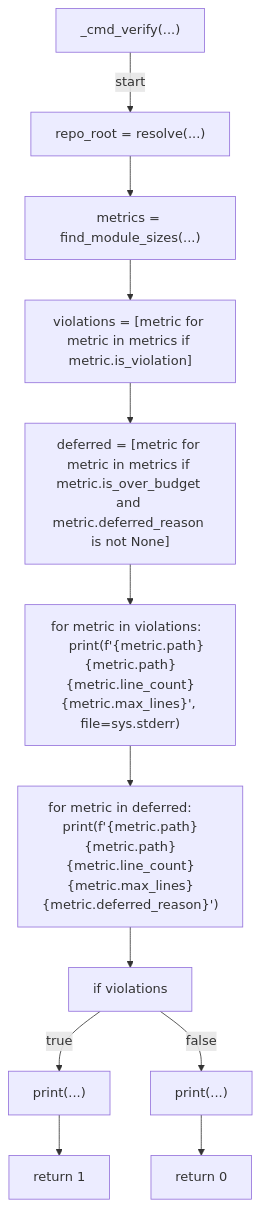
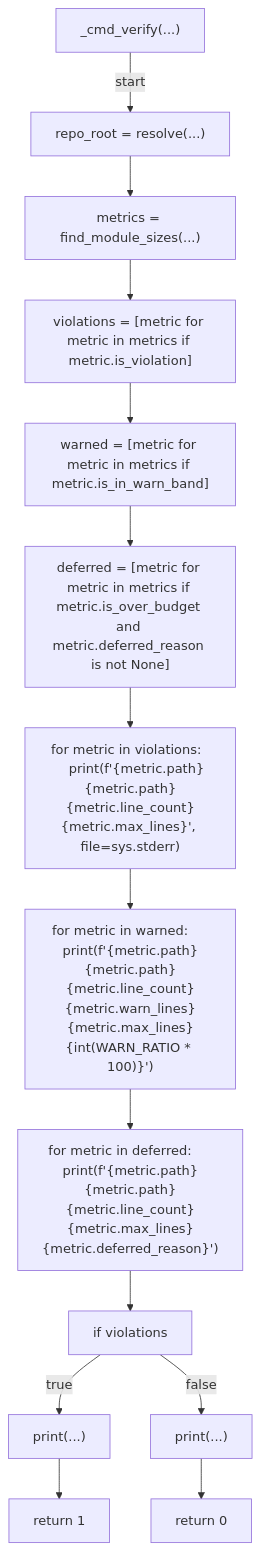
The sixth of 7 diagrams in docs/generated/scripts/ast/scan_maintainability_metrics.md (tvna/claude-md), drawn with Mermaid before and after one commit. The commit also changed other lines of this file, not shown here.

Commit message:
docs(generated): regenerate decision tree and workflow diagrams
Refs #960

````diff
--- a/docs/generated/scripts/ast/scan_maintainability_metrics.md
+++ b/docs/generated/scripts/ast/scan_maintainability_metrics.md
@@ -62,26 +62,30 @@
 ```mermaid
 flowchart TD
     N001["_cmd_verify(...)"]
     N002["repo_root = resolve(...)"]
     N003["metrics = find_module_sizes(...)"]
     N004["violations = [metric for metric in metrics if metric.is_violation]"]
-    N005["deferred = [metric for metric in metrics if metric.is_over_budget and metric.deferred_reason is not None]"]
-    N006["for metric in violations:     print(f'<str>{metric.path}<str>{metric.path}<str>{metric.line_count}<str>{metric.max_lines}<str>', file=sys.stderr)"]
-    N007["for metric in deferred:     print(f'<str>{metric.path}<str>{metric.path}<str>{metric.line_count}<str>{metric.max_lines}<str>{metric.deferred_reason}<str>')"]
-    N008["if violations"]
-    N009["print(...)"]
-    N010["return 1"]
+    N005["warned = [metric for metric in metrics if metric.is_in_warn_band]"]
+    N006["deferred = [metric for metric in metrics if metric.is_over_budget and metric.deferred_reason is not None]"]
+    N007["for metric in violations:     print(f'<str>{metric.path}<str>{metric.path}<str>{metric.line_count}<str>{metric.max_lines}<str>', file=sys.stderr)"]
+    N008["for metric in warned:     print(f'<str>{metric.path}<str>{metric.path}<str>{metric.line_count}<str>{metric.warn_lines}<str>{metric.max_lines}<str>{int(WARN_RATIO * 100)}<str>')"]
+    N009["for metric in deferred:     print(f'<str>{metric.path}<str>{metric.path}<str>{metric.line_count}<str>{metric.max_lines}<str>{metric.deferred_reason}<str>')"]
+    N010["if violations"]
     N011["print(...)"]
-    N012["return 0"]
+    N012["return 1"]
+    N013["print(...)"]
+    N014["return 0"]
     N001 -->|"start"| N002
     N002 --> N003
     N003 --> N004
     N004 --> N005
     N005 --> N006
     N006 --> N007
     N007 --> N008
-    N008 -->|"true"| N009
+    N008 --> N009
     N009 --> N010
-    N008 -->|"false"| N011
+    N010 -->|"true"| N011
     N011 --> N012
+    N010 -->|"false"| N013
+    N013 --> N014
 ```
````
